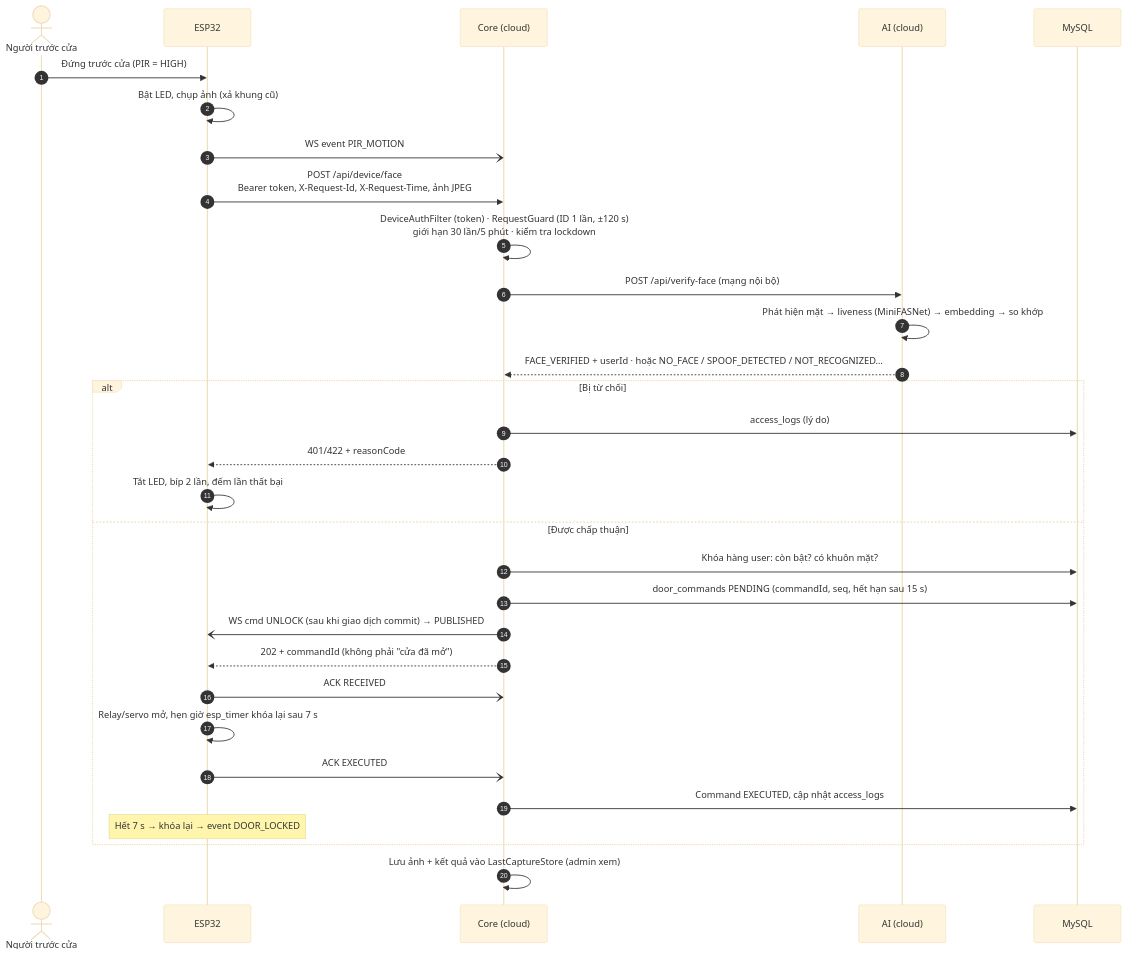
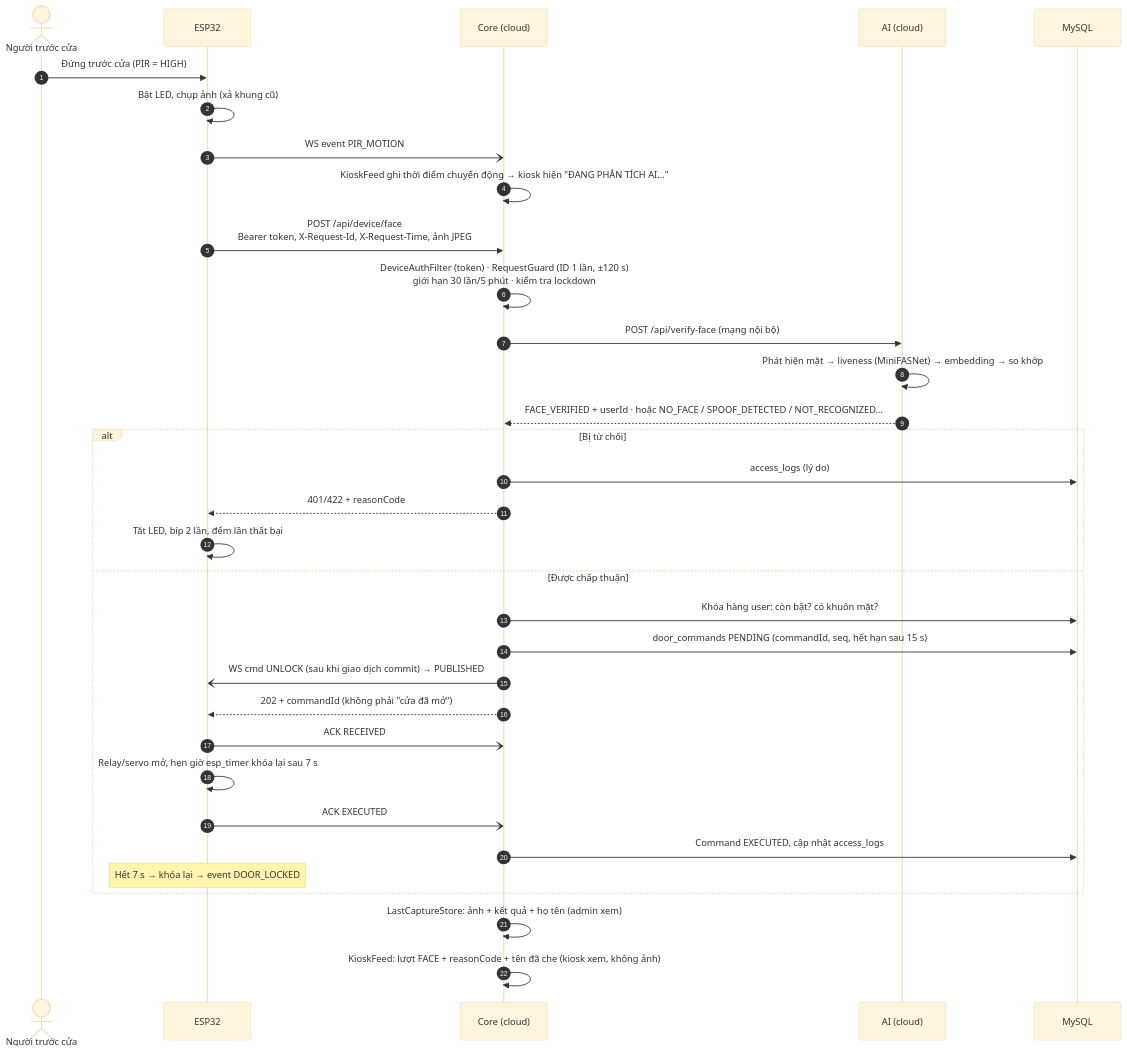
The fifth of 16 diagrams in docs/ARCHITECTURE_DIAGRAMS.md (meanihoccode/IoT-Smart-Door-Lock-with-Facial-Anti-Spoofing), drawn with Mermaid (base theme) before and after one commit. The commit also changed other lines of this file, not shown here.

First line of the commit message:
docs: cập nhật sơ đồ kiến trúc theo kiosk mới (KioskFeed, tên đã che)

````diff
--- a/docs/ARCHITECTURE_DIAGRAMS.md
+++ b/docs/ARCHITECTURE_DIAGRAMS.md
@@ -186,35 +193,37 @@
 ```mermaid
 sequenceDiagram
     autonumber
     actor U as Người trước cửa
     participant E as ESP32
     participant C as Core (cloud)
     participant A as AI (cloud)
     participant D as MySQL
 
     U->>E: Đứng trước cửa (PIR = HIGH)
     E->>E: Bật LED, chụp ảnh (xả khung cũ)
     E-)C: WS event PIR_MOTION
+    C->>C: KioskFeed ghi thời điểm chuyển động → kiosk hiện "ĐANG PHÂN TÍCH AI..."
     E->>C: POST /api/device/face<br/>Bearer token, X-Request-Id, X-Request-Time, ảnh JPEG
     C->>C: DeviceAuthFilter (token) · RequestGuard (ID 1 lần, ±120 s)<br/>giới hạn 30 lần/5 phút · kiểm tra lockdown
     C->>A: POST /api/verify-face (mạng nội bộ)
     A->>A: Phát hiện mặt → liveness (MiniFASNet) → embedding → so khớp
     A-->>C: FACE_VERIFIED + userId · hoặc NO_FACE / SPOOF_DETECTED / NOT_RECOGNIZED…
 
     alt Bị từ chối
         C->>D: access_logs (lý do)
         C-->>E: 401/422 + reasonCode
         E->>E: Tắt LED, bíp 2 lần, đếm lần thất bại
     else Được chấp thuận
         C->>D: Khóa hàng user: còn bật? có khuôn mặt?
         C->>D: door_commands PENDING (commandId, seq, hết hạn sau 15 s)
         C-)E: WS cmd UNLOCK (sau khi giao dịch commit) → PUBLISHED
         C-->>E: 202 + commandId (không phải "cửa đã mở")
         E-)C: ACK RECEIVED
         E->>E: Relay/servo mở, hẹn giờ esp_timer khóa lại sau 7 s
         E-)C: ACK EXECUTED
         C->>D: Command EXECUTED, cập nhật access_logs
         Note over E: Hết 7 s → khóa lại → event DOOR_LOCKED
     end
-    C->>C: Lưu ảnh + kết quả vào LastCaptureStore (admin xem)
+    C->>C: LastCaptureStore: ảnh + kết quả + họ tên (admin xem)
+    C->>C: KioskFeed: lượt FACE + reasonCode + tên đã che (kiosk xem, không ảnh)
 ```
````
